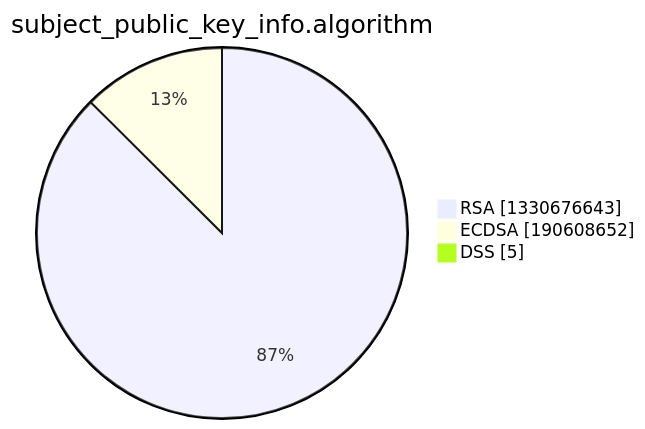
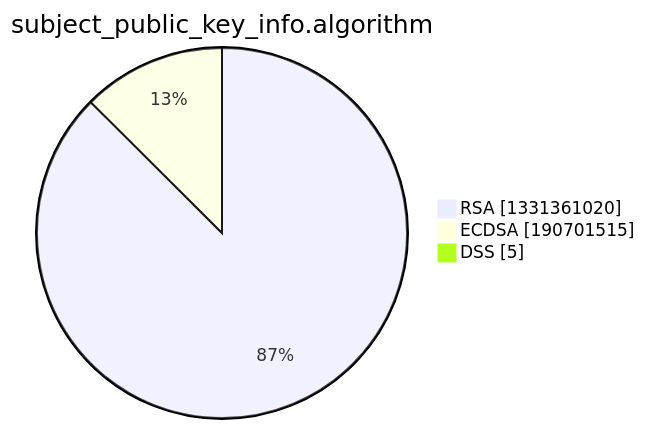
The third of 15 diagrams in xenon2022/README.md (christiankrug/ctmonitor_visualization), drawn with Mermaid before and after one commit. The commit also changed other lines of this file, not shown here.

````diff
--- a/xenon2022/README.md
+++ b/xenon2022/README.md
@@ -14,7 +14,7 @@
 ```mermaid
 pie showData
 title subject_public_key_info.algorithm
-"RSA" :1330676643
-"ECDSA" :190608652
+"RSA" :1331361020
+"ECDSA" :190701515
 "DSS" :5
 ```
````
